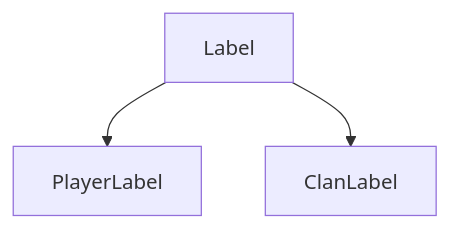
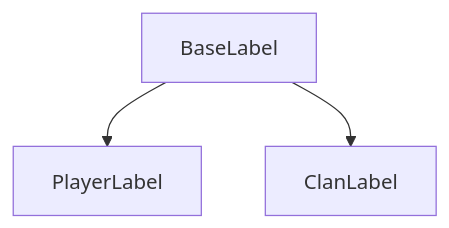
One commit to bim-ba/coc-api changed the first of 2 diagrams in README.md. Above: the diagram before and after it, drawn with Mermaid. The commit also changed other lines of this file and 20 other files, not shown here.

````diff
--- a/README.md
+++ b/README.md
@@ -324,5 +479,5 @@
 ```mermaid
 graph TD;
-    Label-->PlayerLabel;
-    Label-->ClanLabel;
+    BaseLabel-->PlayerLabel;
+    BaseLabel-->ClanLabel;
 ```
````
